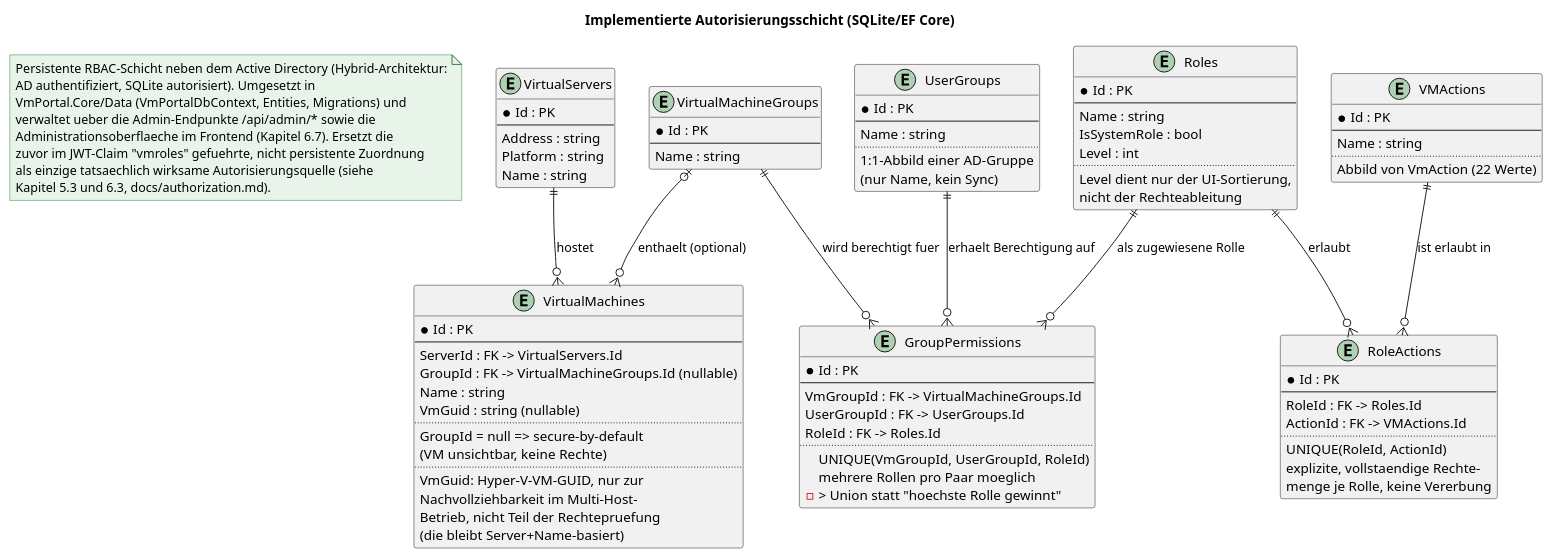
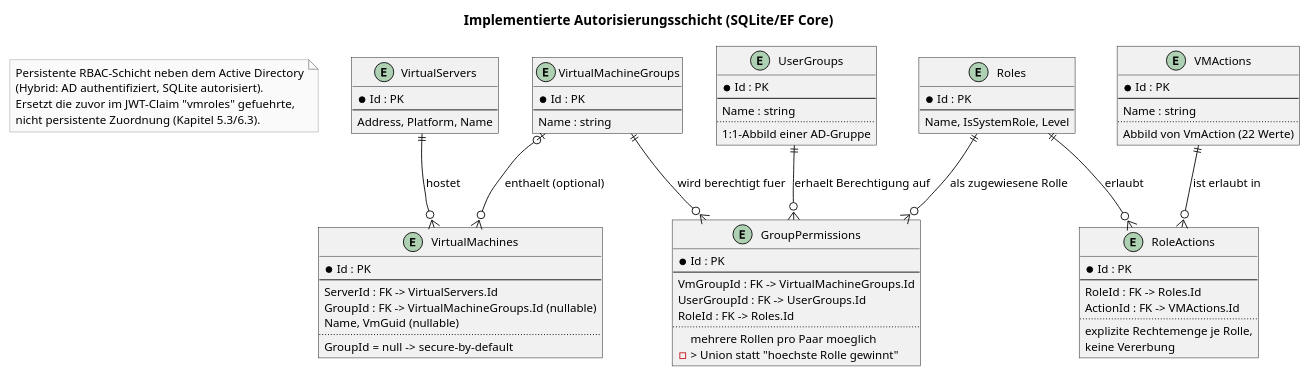
One commit to mikaildhbw/vm-portal changed the diagram in thesis/diagrams/er_diagramm_autorisierung.puml. Above: the diagram before and after it, drawn with PlantUML. The commit also changed 19 other files, not shown here.

```diff
--- a/thesis/diagrams/er_diagramm_autorisierung.puml
+++ b/thesis/diagrams/er_diagramm_autorisierung.puml
@@ -1,117 +1,100 @@
 @startuml er_diagramm_autorisierung
 title Implementierte Autorisierungsschicht (SQLite/EF Core)
 
 skinparam backgroundColor white
+skinparam shadowing false
+skinparam roundCorner 0
+skinparam defaultFontSize 12
 skinparam entity {
-  BackgroundColor #E8F4EA
-  BorderColor #2E7D32
+  BackgroundColor #F5F5F5
+  BorderColor #4D4D4D
+  ArrowColor #4D4D4D
 }
 skinparam note {
-  BackgroundColor #E8F4EA
-  BorderColor #2E7D32
+  BackgroundColor #FAFAFA
+  BorderColor #999999
 }
 
 note as N1
-  Persistente RBAC-Schicht neben dem Active Directory (Hybrid-Architektur:
-  AD authentifiziert, SQLite autorisiert). Umgesetzt in
-  VmPortal.Core/Data (VmPortalDbContext, Entities, Migrations) und
-  verwaltet ueber die Admin-Endpunkte /api/admin/* sowie die
-  Administrationsoberflaeche im Frontend (Kapitel 6.7). Ersetzt die
-  zuvor im JWT-Claim "vmroles" gefuehrte, nicht persistente Zuordnung
-  als einzige tatsaechlich wirksame Autorisierungsquelle (siehe
-  Kapitel 5.3 und 6.3, docs/authorization.md).
+  Persistente RBAC-Schicht neben dem Active Directory
+  (Hybrid: AD authentifiziert, SQLite autorisiert).
+  Ersetzt die zuvor im JWT-Claim "vmroles" gefuehrte,
+  nicht persistente Zuordnung (Kapitel 5.3/6.3).
 end note
 
 entity "VirtualServers" as VirtualServers {
   * Id : PK
   --
-  Address : string
-  Platform : string
-  Name : string
+  Address, Platform, Name
 }
 
 entity "VirtualMachines" as VirtualMachines {
   * Id : PK
   --
   ServerId : FK -> VirtualServers.Id
   GroupId : FK -> VirtualMachineGroups.Id (nullable)
-  Name : string
-  VmGuid : string (nullable)
+  Name, VmGuid (nullable)
   ..
-  GroupId = null => secure-by-default
-  (VM unsichtbar, keine Rechte)
-  ..
-  VmGuid: Hyper-V-VM-GUID, nur zur
-  Nachvollziehbarkeit im Multi-Host-
-  Betrieb, nicht Teil der Rechtepruefung
-  (die bleibt Server+Name-basiert)
+  GroupId = null -> secure-by-default
 }
 
 entity "VirtualMachineGroups" as VirtualMachineGroups {
   * Id : PK
   --
   Name : string
 }
 
 entity "UserGroups" as UserGroups {
   * Id : PK
   --
   Name : string
   ..
   1:1-Abbild einer AD-Gruppe
-  (nur Name, kein Sync)
 }
 
 entity "Roles" as Roles {
   * Id : PK
   --
-  Name : string
-  IsSystemRole : bool
-  Level : int
-  ..
-  Level dient nur der UI-Sortierung,
-  nicht der Rechteableitung
+  Name, IsSystemRole, Level
 }
 
 entity "VMActions" as VMActions {
   * Id : PK
   --
   Name : string
   ..
   Abbild von VmAction (22 Werte)
 }
 
 entity "RoleActions" as RoleActions {
   * Id : PK
   --
   RoleId : FK -> Roles.Id
   ActionId : FK -> VMActions.Id
   ..
-  UNIQUE(RoleId, ActionId)
-  explizite, vollstaendige Rechte-
-  menge je Rolle, keine Vererbung
+  explizite Rechtemenge je Rolle,
+  keine Vererbung
 }
 
 entity "GroupPermissions" as GroupPermissions {
   * Id : PK
   --
   VmGroupId : FK -> VirtualMachineGroups.Id
   UserGroupId : FK -> UserGroups.Id
   RoleId : FK -> Roles.Id
   ..
-  UNIQUE(VmGroupId, UserGroupId, RoleId)
   mehrere Rollen pro Paar moeglich
   -> Union statt "hoechste Rolle gewinnt"
 }
 
-VirtualServers ||--o{ VirtualMachines : "hostet"
-VirtualMachineGroups |o--o{ VirtualMachines : "enthaelt (optional)"
+VirtualServers ||--o{ VirtualMachines : hostet
+VirtualMachineGroups |o--o{ VirtualMachines : enthaelt (optional)
 
-Roles ||--o{ RoleActions : "erlaubt"
-VMActions ||--o{ RoleActions : "ist erlaubt in"
+Roles ||--o{ RoleActions : erlaubt
+VMActions ||--o{ RoleActions : ist erlaubt in
 
-VirtualMachineGroups ||--o{ GroupPermissions : "wird berechtigt fuer"
-UserGroups ||--o{ GroupPermissions : "erhaelt Berechtigung auf"
-Roles ||--o{ GroupPermissions : "als zugewiesene Rolle"
+VirtualMachineGroups ||--o{ GroupPermissions : wird berechtigt fuer
+UserGroups ||--o{ GroupPermissions : erhaelt Berechtigung auf
+Roles ||--o{ GroupPermissions : als zugewiesene Rolle
 
 @enduml
```
